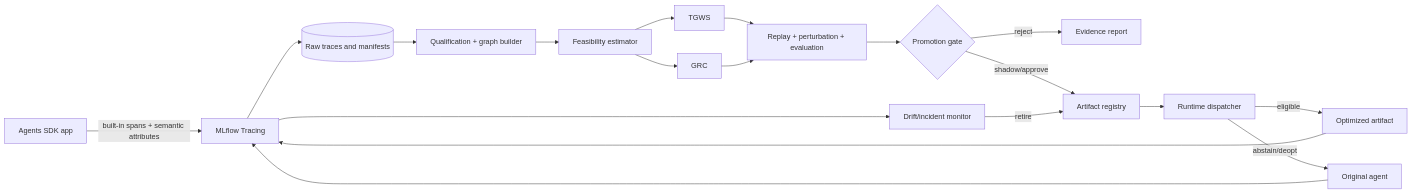
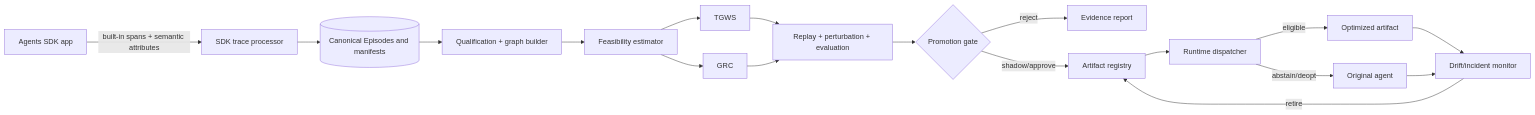
The first of 4 diagrams in docs/execution-plan.md (rrahimi-uci/guarded-agentic-compaction), drawn with Mermaid before and after one commit. The commit also changed other lines of this file and 23 other files, not shown here.

````diff
--- a/docs/execution-plan.md
+++ b/docs/execution-plan.md
@@ -122,21 +140,20 @@
 ```mermaid
 flowchart LR
-  A[Agents SDK app] -->|built-in spans + semantic attributes| M[MLflow Tracing]
-  M --> R[(Raw traces and manifests)]
+  A[Agents SDK app] -->|built-in spans + semantic attributes| M[SDK trace processor]
+  M --> R[(Canonical Episodes and manifests)]
   R --> Q[Qualification + graph builder]
   Q --> F[Feasibility estimator]
   F --> T[TGWS]
   F --> C[GRC]
   T --> V[Replay + perturbation + evaluation]
   C --> V
   V --> G{Promotion gate}
   G -->|reject| E[Evidence report]
   G -->|shadow/approve| H[Artifact registry]
   H --> D[Runtime dispatcher]
   D -->|eligible| O[Optimized artifact]
   D -->|abstain/deopt| B[Original agent]
-  O --> M
-  B --> M
-  M --> K[Drift/incident monitor]
+  O --> K[Drift/incident monitor]
+  B --> K
   K -->|retire| H
 ```
````
